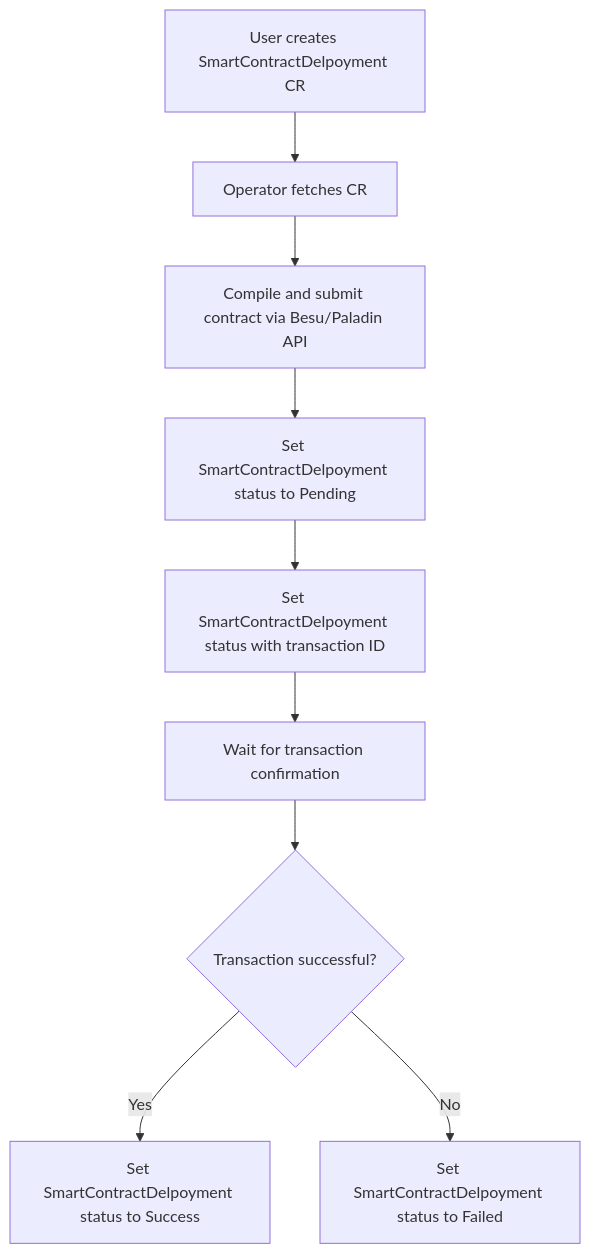
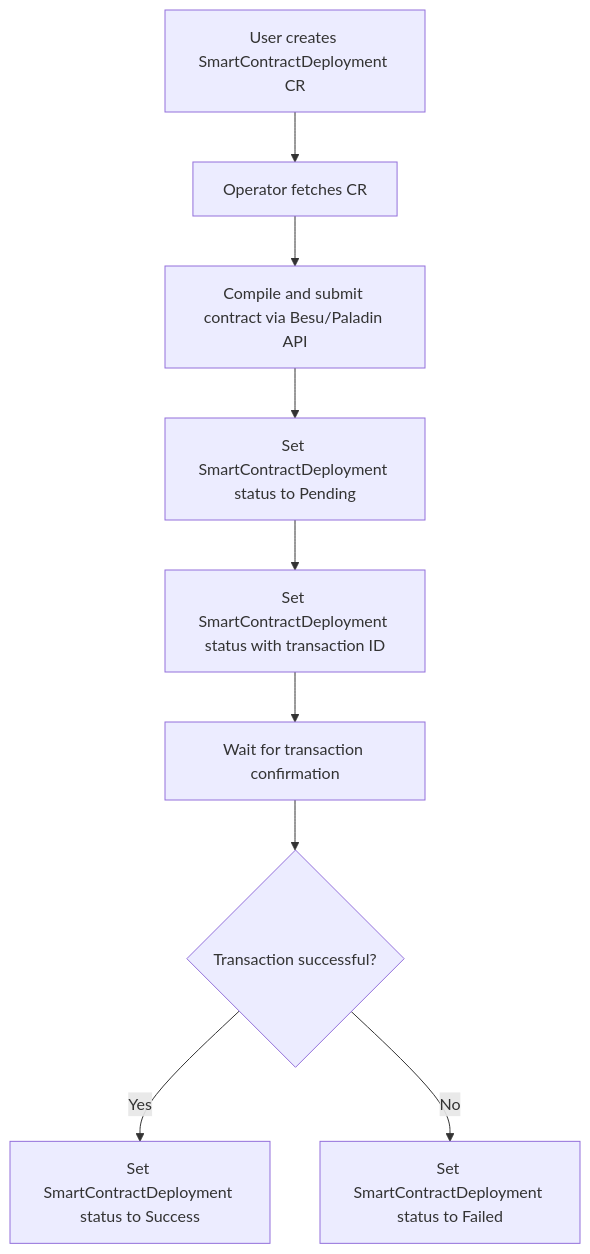
One commit to yosrahelal/paladin changed the second of 2 diagrams in operator/Design.md. Above: the diagram before and after it, drawn with Mermaid. The commit also changed other lines of this file and 21 other files, not shown here.

````diff
--- a/operator/Design.md
+++ b/operator/Design.md
@@ -117,13 +117,13 @@
 ```mermaid
 
 graph TD
-    A[User creates SmartContractDelpoyment CR] --> B[Operator fetches CR]
+    A[User creates SmartContractDeployment CR] --> B[Operator fetches CR]
     B --> C[Compile and submit contract via Besu/Paladin API]
-    C --> D[Set SmartContractDelpoyment status to Pending]
-    D --> E[Set SmartContractDelpoyment status with transaction ID]
+    C --> D[Set SmartContractDeployment status to Pending]
+    D --> E[Set SmartContractDeployment status with transaction ID]
     E --> F[Wait for transaction confirmation]
     F --> G{Transaction successful?}
-    G -->|Yes| H[Set SmartContractDelpoyment status to Success]
-    G -->|No| I[Set SmartContractDelpoyment status to Failed]
+    G -->|Yes| H[Set SmartContractDeployment status to Success]
+    G -->|No| I[Set SmartContractDeployment status to Failed]
 
 ```
````
